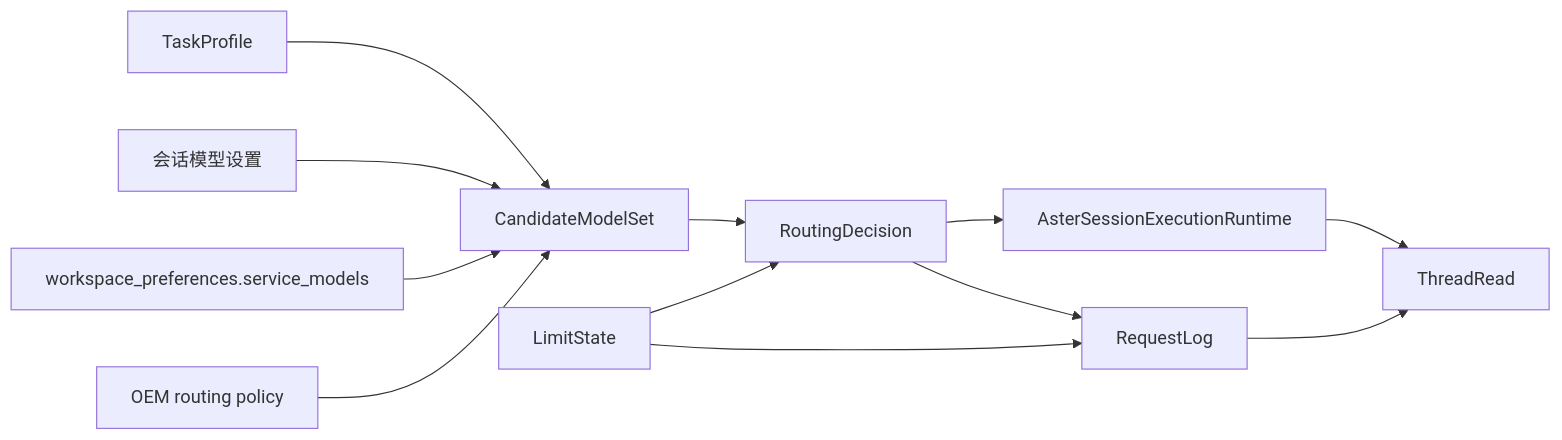
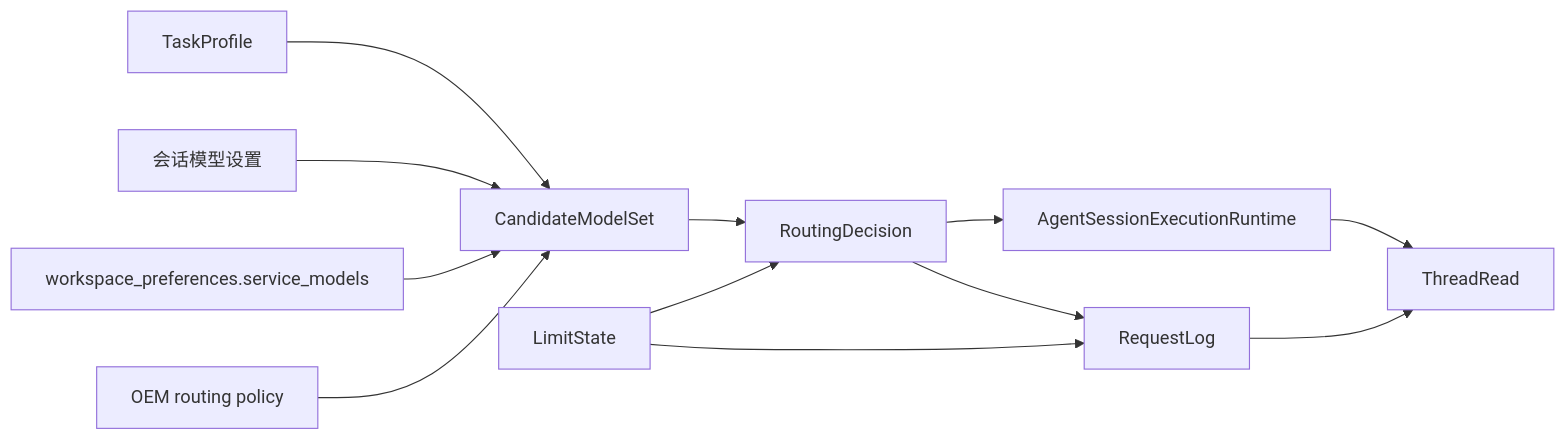
The ninth of 9 diagrams in internal/roadmap/task/diagrams.md (jiujuan/lime), drawn with Mermaid before and after one commit. The commit also changed 975 other files, not shown here.

````diff
--- a/internal/roadmap/task/diagrams.md
+++ b/internal/roadmap/task/diagrams.md
@@ -181,14 +181,14 @@
 ```mermaid
 flowchart LR
     TaskProfile --> CandidateModelSet
     SessionSettings[会话模型设置] --> CandidateModelSet
     ServiceModels[workspace_preferences.service_models] --> CandidateModelSet
     OEMPolicy[OEM routing policy] --> CandidateModelSet
     CandidateModelSet --> RoutingDecision
     LimitState --> RoutingDecision
-    RoutingDecision --> ExecutionRuntime[AsterSessionExecutionRuntime]
+    RoutingDecision --> ExecutionRuntime[AgentSessionExecutionRuntime]
     RoutingDecision --> RequestLog
     LimitState --> RequestLog
     RequestLog --> ThreadRead
     ExecutionRuntime --> ThreadRead
 ```
````
